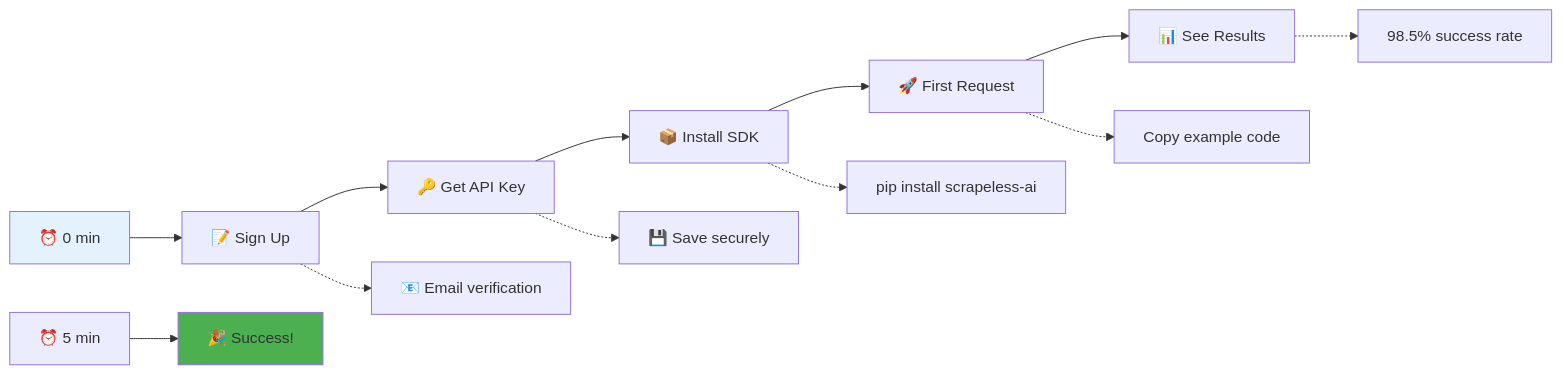
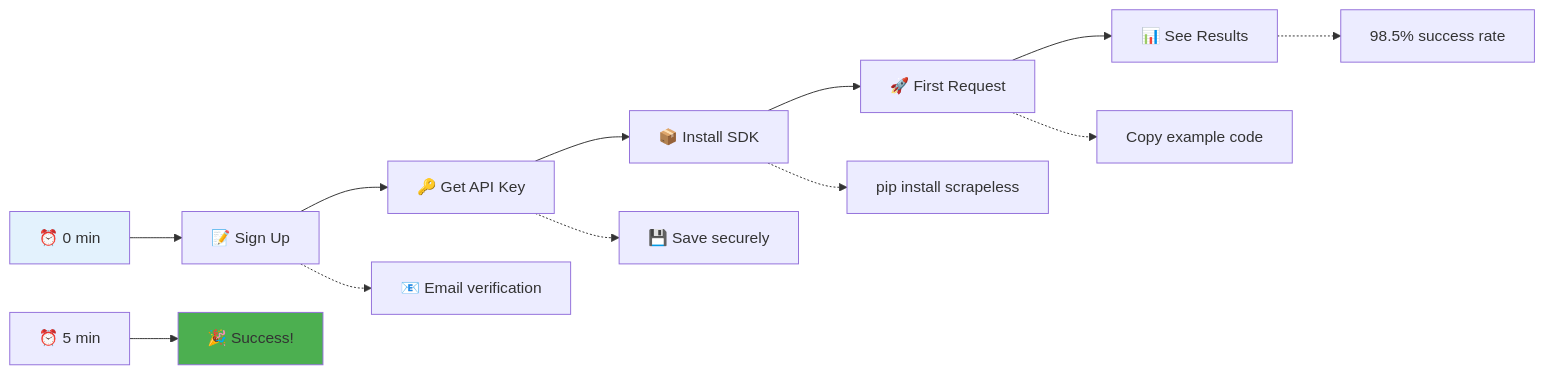
Before and after one commit to itsOwen/scrapeless: diagram 30 of 33 in README.md, drawn with Mermaid. The commit also changed other lines of this file, not shown here.

````diff
--- a/README.md
+++ b/README.md
@@ -2923,19 +2823,19 @@
 ```mermaid
 graph LR
     A[⏰ 0 min] --> B[📝 Sign Up]
     B --> C[🔑 Get API Key]
     C --> D[📦 Install SDK]
     D --> E[🚀 First Request]
     E --> F[📊 See Results]
     
     A2[⏰ 5 min] --> G[🎉 Success!]
     
     B -.-> B1[📧 Email verification]
     C -.-> C1[💾 Save securely]
-    D -.-> D1[pip install scrapeless-ai]
+    D -.-> D1[pip install scrapeless]
     E -.-> E1[Copy example code]
     F -.-> F1[98.5% success rate]
     
     style A fill:#e3f2fd
     style G fill:#4caf50
 ```
````
